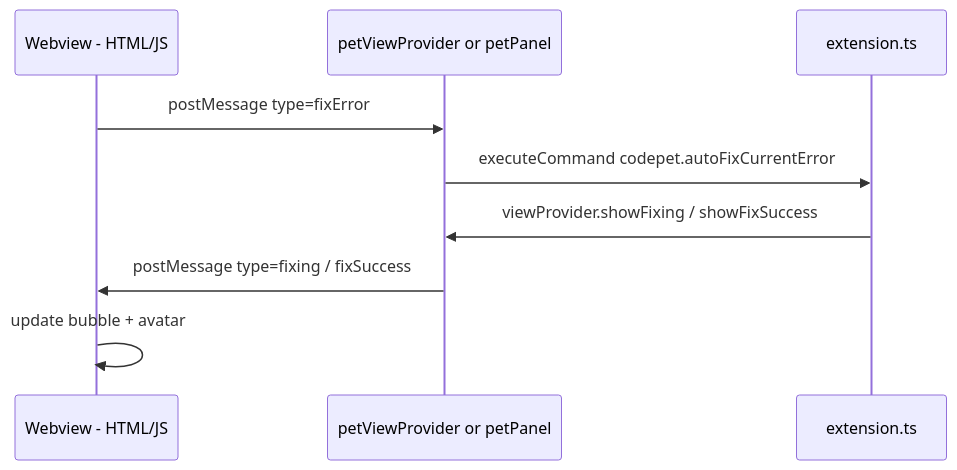
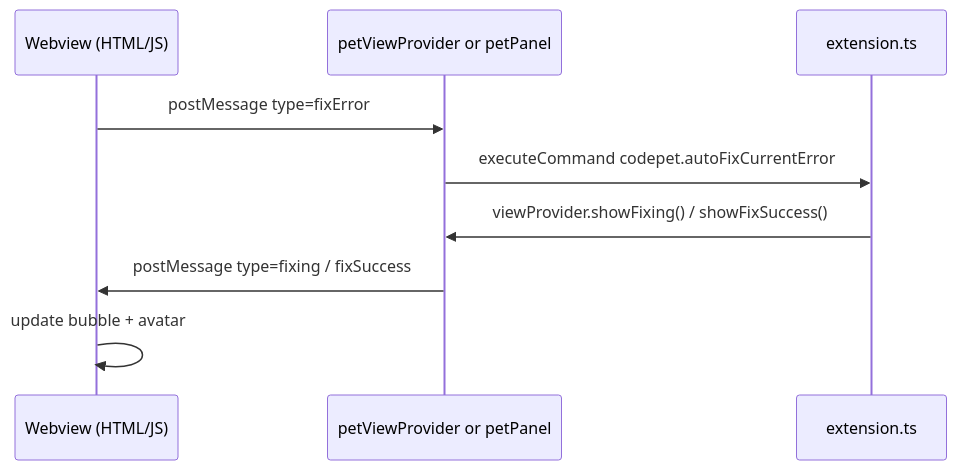
One commit to maimanishhoon/aicodingpet changed diagram 12 of 14 in README.md. Above: the diagram before and after it, drawn with Mermaid. The commit also changed other lines of this file, not shown here.

````diff
--- a/README.md
+++ b/README.md
@@ -450,12 +589,12 @@
 ```mermaid
 sequenceDiagram
-    participant WV as Webview - HTML/JS
+    participant WV as Webview (HTML/JS)
     participant PV as petViewProvider or petPanel
     participant EX as extension.ts
 
     WV->>PV: postMessage type=fixError
     PV->>EX: executeCommand codepet.autoFixCurrentError
-    EX->>PV: viewProvider.showFixing / showFixSuccess
+    EX->>PV: viewProvider.showFixing() / showFixSuccess()
     PV->>WV: postMessage type=fixing / fixSuccess
     WV->>WV: update bubble + avatar
 ```
````
